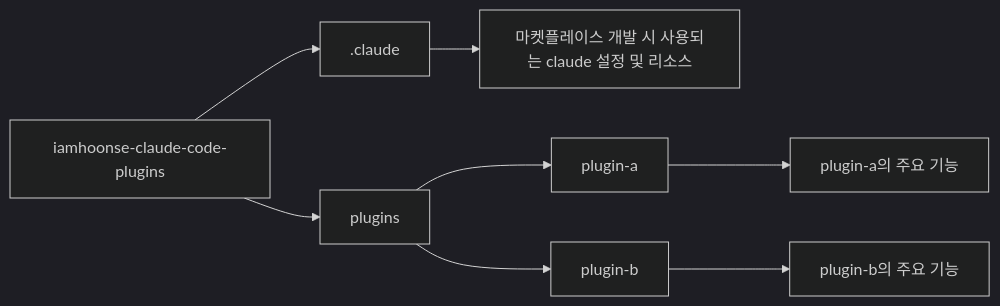
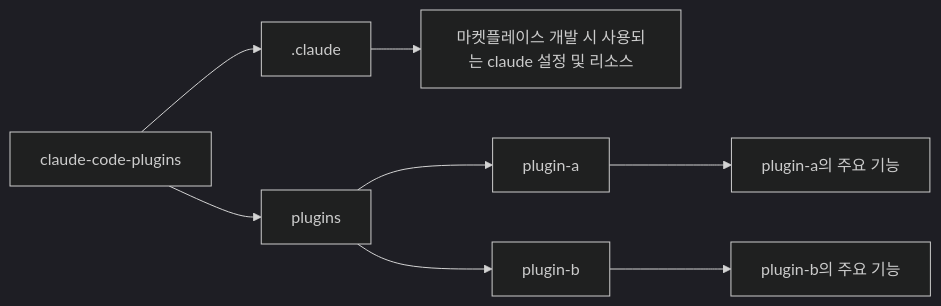
The diagram in .claude/skills/project-readme-structure/SKILL.md (iamhoonse-dev/hoonse-claude-plugins), drawn with Mermaid (dark theme) before and after one commit. The commit also changed 7 other files, not shown here.

````diff
--- a/.claude/skills/project-readme-structure/SKILL.md
+++ b/.claude/skills/project-readme-structure/SKILL.md
@@ -33,10 +33,10 @@
       ```mermaid
       graph LR
-        A[iamhoonse-claude-code-plugins] --> B[.claude]
+        A[claude-code-plugins] --> B[.claude]
         B[.claude] --> B1[마켓플레이스 개발 시 사용되는 claude 설정 및 리소스]
-        A[iamhoonse-claude-code-plugins] --> C[plugins]
+        A[claude-code-plugins] --> C[plugins]
         C[plugins] --> D[plugin-a]
         C[plugins] --> E[plugin-b]
         D[plugin-a] --> D1[plugin-a의 주요 기능]
         E[plugin-b] --> E1[plugin-b의 주요 기능]
       ```
````
